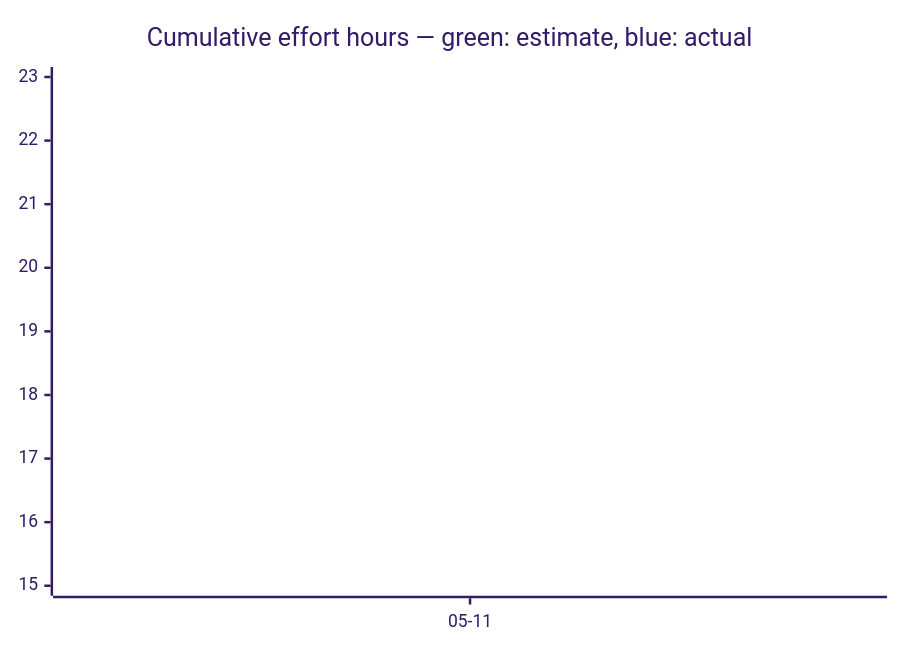
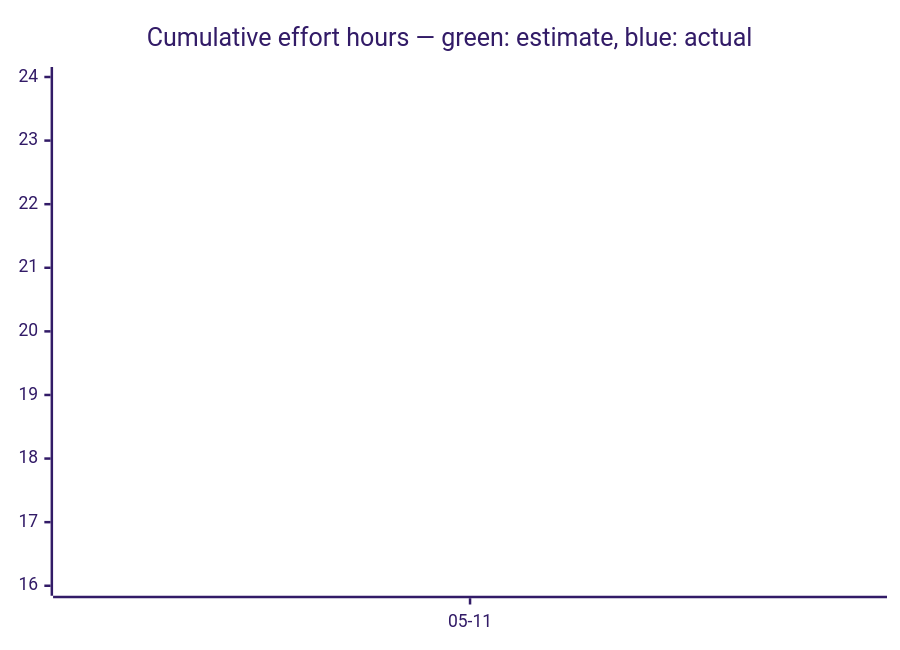
Before and after one commit to tgd1975/AwesomeGuitarPedal: the third of 3 diagrams in docs/developers/tasks/OVERVIEW.md, drawn with Mermaid (forest theme). The commit also changed other lines of this file and 3 other files, not shown here.

First line of the commit message:
prep TASK-378: add pinNames to data/config.schema.json (EPIC-029)

````diff
--- a/docs/developers/tasks/OVERVIEW.md
+++ b/docs/developers/tasks/OVERVIEW.md
@@ -40,7 +40,7 @@
 ```mermaid
 xychart-beta
     title "Cumulative effort hours — green: estimate, blue: actual"
     x-axis ["05-11"]
-    line [15]
-    line [23]
+    line [16]
+    line [24]
 ```
````
